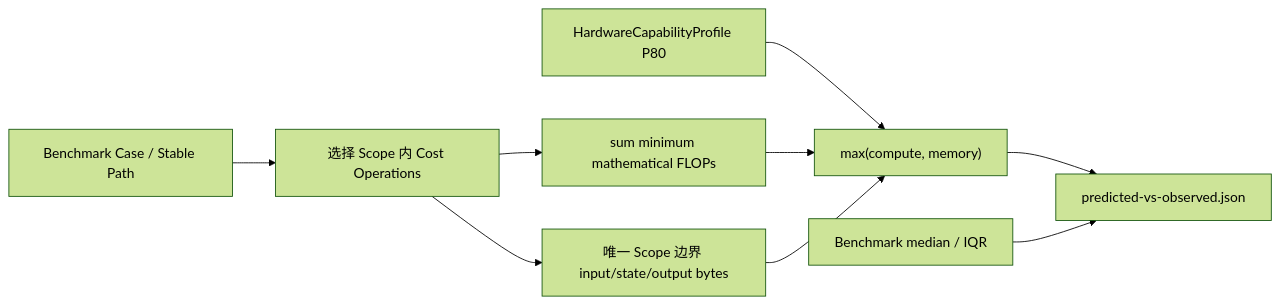
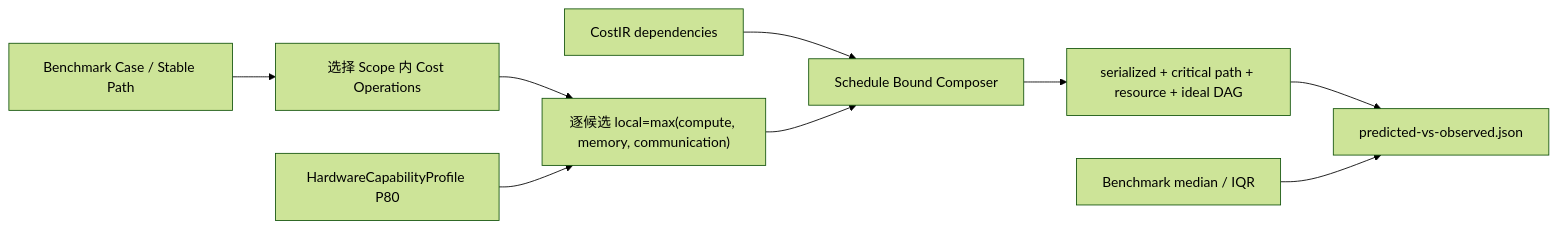
One commit to Kirrito-k423/GroundUpScale changed the diagram in docs/methods/prediction-observation-comparison.md. Above: the diagram before and after it, drawn with Mermaid (forest theme). The commit also changed other lines of this file and 104 other files, not shown here.

````diff
--- a/docs/methods/prediction-observation-comparison.md
+++ b/docs/methods/prediction-observation-comparison.md
@@ -15,11 +17,11 @@
 ```mermaid
 flowchart LR
     B["Benchmark Case / Stable Path"] --> S["选择 Scope 内 Cost Operations"]
-    S --> W["sum minimum mathematical FLOPs"]
-    S --> M["唯一 Scope 边界 input/state/output bytes"]
-    C["HardwareCapabilityProfile P80"] --> R["max(compute, memory)"]
-    W --> R
-    M --> R
+    S --> L["逐候选 local=max(compute, memory, communication)"]
+    C["HardwareCapabilityProfile P80"] --> L
+    D["CostIR dependencies"] --> Q["Schedule Bound Composer"]
+    L --> Q
+    Q --> R["serialized + critical path + resource + ideal DAG"]
     R --> X["predicted-vs-observed.json"]
     O["Benchmark median / IQR"] --> X
 ```
````
